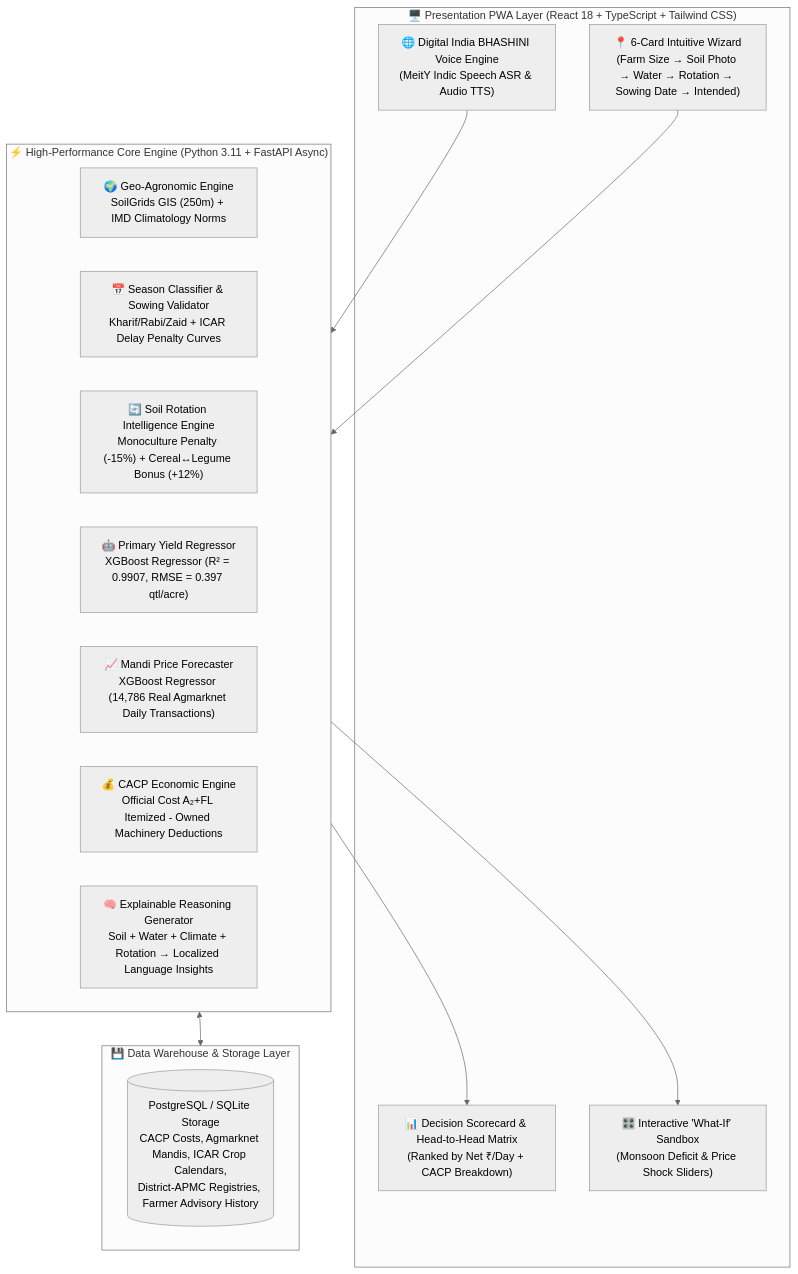
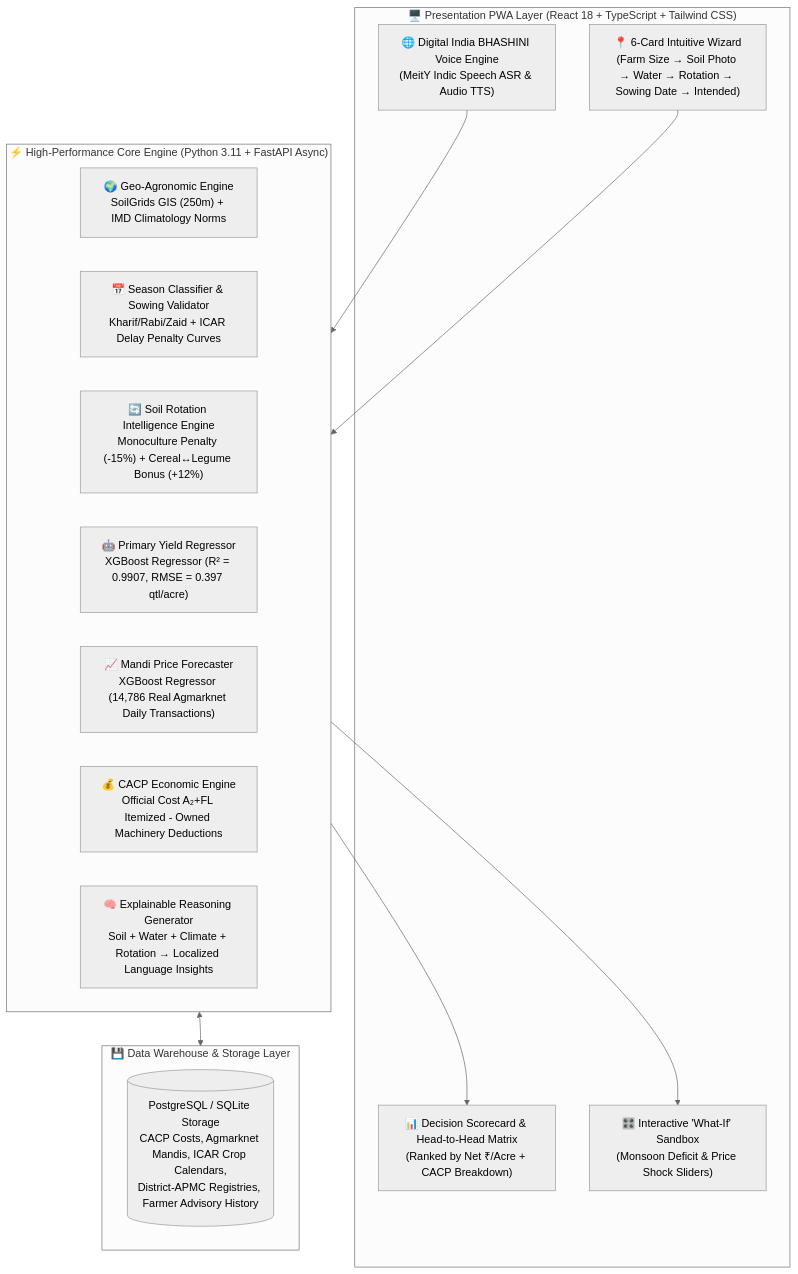
One commit to sujeetaionly/agri-decide-sih changed the diagram in README.md. Above: the diagram before and after it, drawn with Mermaid (neutral theme). The commit also changed other lines of this file, not shown here.

Commit message:
docs: update core metric to Net Profit per Acre (INR/Acre)

````diff
--- a/README.md
+++ b/README.md
@@ -58,27 +58,27 @@
 ```mermaid
 flowchart TD
     subgraph UI_Layer ["🖥️ Presentation PWA Layer (React 18 + TypeScript + Tailwind CSS)"]
         A1["🌐 Digital India BHASHINI Voice Engine\n(MeitY Indic Speech ASR & Audio TTS)"]
         A2["📍 6-Card Intuitive Wizard\n(Farm Size → Soil Photo → Water → Rotation → Sowing Date → Intended)"]
-        A3["📊 Decision Scorecard & Head-to-Head Matrix\n(Ranked by Net ₹/Day + CACP Breakdown)"]
+        A3["📊 Decision Scorecard & Head-to-Head Matrix\n(Ranked by Net ₹/Acre + CACP Breakdown)"]
         A4["🎛️ Interactive 'What-If' Sandbox\n(Monsoon Deficit & Price Shock Sliders)"]
     end
 
     subgraph Core_Engine ["⚡ High-Performance Core Engine (Python 3.11 + FastAPI Async)"]
         B1["🌍 Geo-Agronomic Engine\nSoilGrids GIS (250m) + IMD Climatology Norms"]
         B2["📅 Season Classifier & Sowing Validator\nKharif/Rabi/Zaid + ICAR Delay Penalty Curves"]
         B3["🔄 Soil Rotation Intelligence Engine\nMonoculture Penalty (-15%) + Cereal↔Legume Bonus (+12%)"]
         B4["🤖 Primary Yield Regressor\nXGBoost Regressor (R² = 0.9907, RMSE = 0.397 qtl/acre)"]
         B5["📈 Mandi Price Forecaster\nXGBoost Regressor (14,786 Real Agmarknet Daily Transactions)"]
         B6["💰 CACP Economic Engine\nOfficial Cost A₂+FL Itemized - Owned Machinery Deductions"]
         B7["🧠 Explainable Reasoning Generator\nSoil + Water + Climate + Rotation → Localized Language Insights"]
     end
 
     subgraph Data_Warehouse ["💾 Data Warehouse & Storage Layer"]
         C1[("PostgreSQL / SQLite Storage\nCACP Costs, Agmarknet Mandis, ICAR Crop Calendars,\nDistrict-APMC Registries, Farmer Advisory History")]
     end
 
     A1 & A2 --> Core_Engine
     Core_Engine <--> Data_Warehouse
     Core_Engine --> A3 & A4
 ```
````
